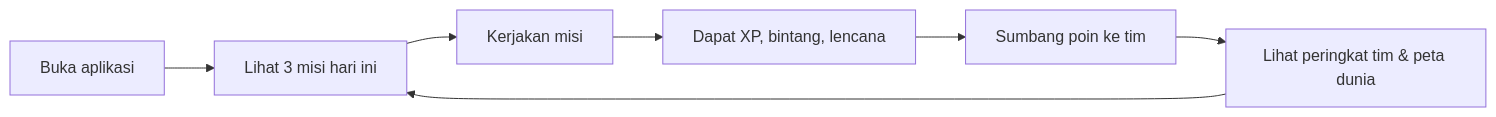
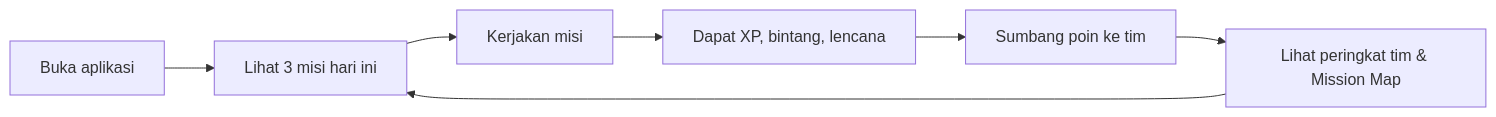
The diagram in docs/GAME_DESIGN.md (auliasifamaulanirahayu/2225250008_Aulia-Sifa-Maulani-Rahayu), drawn with Mermaid before and after one commit. The commit also changed other lines of this file and 62 other files, not shown here.

````diff
--- a/docs/GAME_DESIGN.md
+++ b/docs/GAME_DESIGN.md
@@ -10,9 +10,9 @@
 ```mermaid
 flowchart LR
     A[Buka aplikasi] --> B[Lihat 3 misi hari ini]
     B --> C[Kerjakan misi]
     C --> D[Dapat XP, bintang, lencana]
     D --> E[Sumbang poin ke tim]
-    E --> F[Lihat peringkat tim & peta dunia]
+    E --> F[Lihat peringkat tim & Mission Map]
     F --> B
 ```
````
